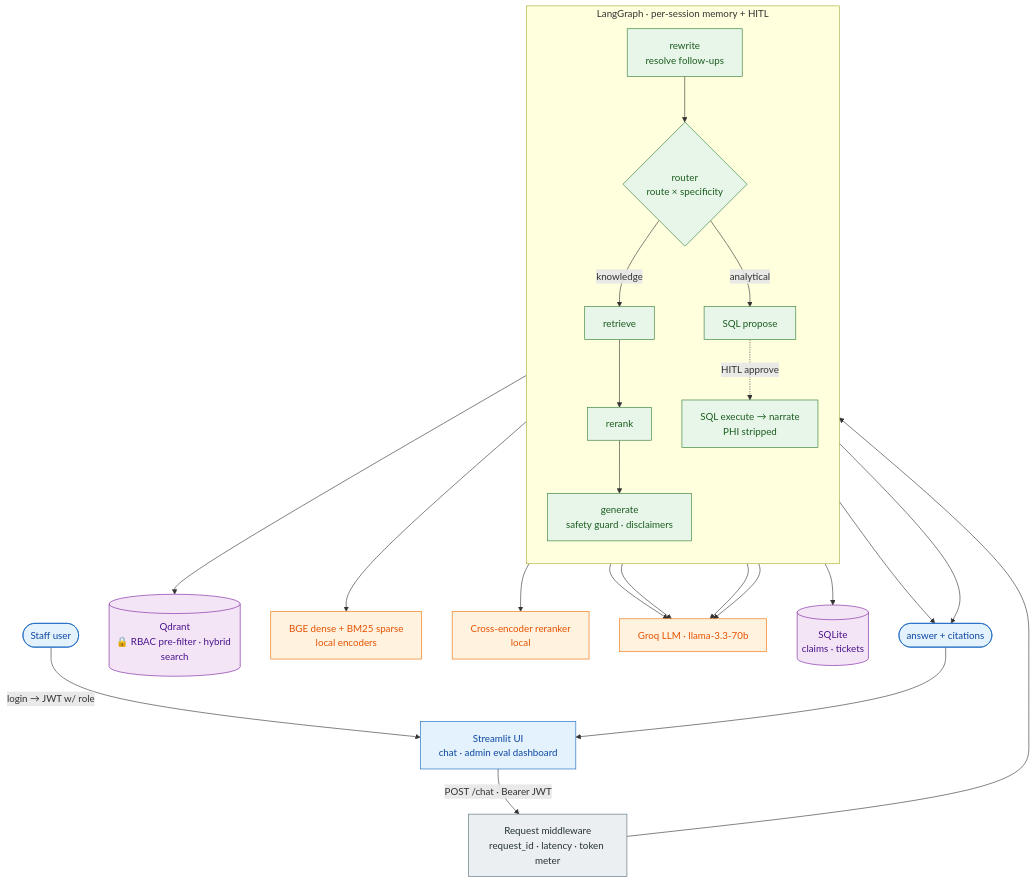
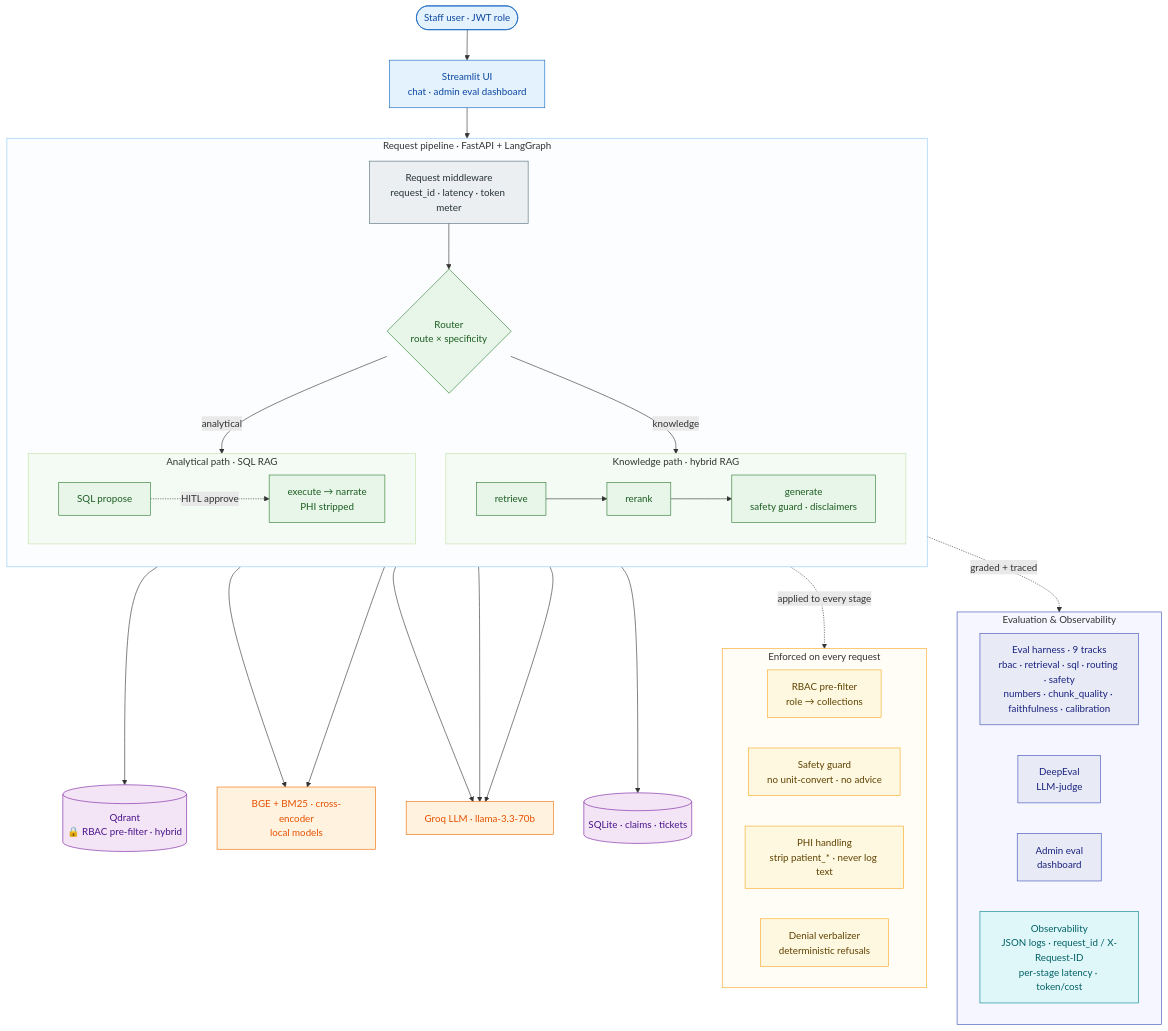
One commit to abnair24/medi-bot-ai changed the first of 2 diagrams in README.md. Above: the diagram before and after it, drawn with Mermaid. The commit also changed other lines of this file and 13 other files, not shown here.

````diff
--- a/README.md
+++ b/README.md
@@ -49,32 +26,64 @@
 ```mermaid
-flowchart TD
-    U([Staff user]):::client -->|login → JWT w/ role| UI[Streamlit UI<br/>chat · admin eval dashboard]:::client
-    UI -->|POST /chat · Bearer JWT| MW[Request middleware<br/>request_id · latency · token meter]:::infra
+flowchart TB
+    U([Staff user · JWT role]):::client --> UI[Streamlit UI<br/>chat · admin eval dashboard]:::client
 
-    subgraph LG[LangGraph · per-session memory + HITL]
+    subgraph RT[Request pipeline · FastAPI + LangGraph]
         direction TB
-        RW[rewrite<br/>resolve follow-ups]:::node --> RTR{router<br/>route × specificity}:::node
-        RTR -->|knowledge| RET[retrieve]:::node --> RRK[rerank]:::node --> GEN[generate<br/>safety guard · disclaimers]:::node
-        RTR -->|analytical| SQP[SQL propose]:::node -. HITL approve .-> SQX[SQL execute → narrate<br/>PHI stripped]:::node
+        MW[Request middleware<br/>request_id · latency · token meter]:::infra --> RTR{Router<br/>route × specificity}:::node
+        subgraph KP[Knowledge path · hybrid RAG]
+            direction LR
+            RET[retrieve]:::node --> RRK[rerank]:::node --> GEN[generate<br/>safety guard · disclaimers]:::node
+        end
+        subgraph AP[Analytical path · SQL RAG]
+            direction LR
+            SQP[SQL propose]:::node -. HITL approve .-> SQX[execute → narrate<br/>PHI stripped]:::node
+        end
+        RTR -->|knowledge| RET
+        RTR -->|analytical| SQP
     end
-    MW --> RW
+    UI --> MW
 
-    RET --> QD[(Qdrant<br/>🔒 RBAC pre-filter · hybrid search)]:::store
-    RET --> ENC[BGE dense + BM25 sparse<br/>local encoders]:::model
-    RRK --> CE[Cross-encoder reranker<br/>local]:::model
-    RTR --> GROQ[Groq LLM · llama-3.3-70b]:::model
+    ENC[BGE + BM25 · cross-encoder<br/>local models]:::model
+    GROQ[Groq LLM · llama-3.3-70b]:::model
+    QD[(Qdrant<br/>🔒 RBAC pre-filter · hybrid)]:::store
+    SDB[(SQLite · claims · tickets)]:::store
+    RET --> QD & ENC
+    RRK --> ENC
+    RTR --> GROQ
     GEN --> GROQ
-    SQP --> GROQ
-    SQX --> GROQ
-    SQX --> SDB[(SQLite<br/>claims · tickets)]:::store
+    SQX --> GROQ & SDB
 
-    GEN --> ANS([answer + citations]):::client
-    SQX --> ANS
-    ANS --> UI
+    subgraph CC[Enforced on every request]
+        direction LR
+        C1[RBAC pre-filter<br/>role → collections]:::cc
+        C2[Safety guard<br/>no unit-convert · no advice]:::cc
+        C3[PHI handling<br/>strip patient_* · never log text]:::cc
+        C4[Denial verbalizer<br/>deterministic refusals]:::cc
+    end
+
+    subgraph EO[Evaluation & Observability]
+        direction LR
+        E1[Eval harness · 9 tracks<br/>rbac · retrieval · sql · routing · safety<br/>numbers · chunk_quality · faithfulness · calibration]:::eval
+        E2[DeepEval<br/>LLM-judge]:::eval
+        E3[Admin eval<br/>dashboard]:::eval
+        E4[Observability<br/>JSON logs · request_id / X-Request-ID<br/>per-stage latency · token/cost]:::obs
+    end
+
+    RT -. applied to every stage .-> CC
+    RT -. graded + traced .-> EO
 
     classDef client fill:#e3f2fd,stroke:#1565c0,color:#0d47a1;
     classDef infra fill:#eceff1,stroke:#546e7a,color:#263238;
     classDef node fill:#e8f5e9,stroke:#2e7d32,color:#1b5e20;
     classDef model fill:#fff3e0,stroke:#ef6c00,color:#e65100;
     classDef store fill:#f3e5f5,stroke:#7b1fa2,color:#4a148c;
+    classDef cc fill:#fff8e1,stroke:#f9a825,color:#5f4300;
+    classDef eval fill:#e8eaf6,stroke:#3f51b5,color:#1a237e;
+    classDef obs fill:#e0f7fa,stroke:#00838f,color:#006064;
+
+    style RT fill:#fbfdff,stroke:#90caf9
+    style KP fill:#f4fbf5,stroke:#c5e1a5
+    style AP fill:#f4fbf5,stroke:#c5e1a5
+    style CC fill:#fffdf5,stroke:#f9a825
+    style EO fill:#f5f6ff,stroke:#3f51b5
 ```
````
